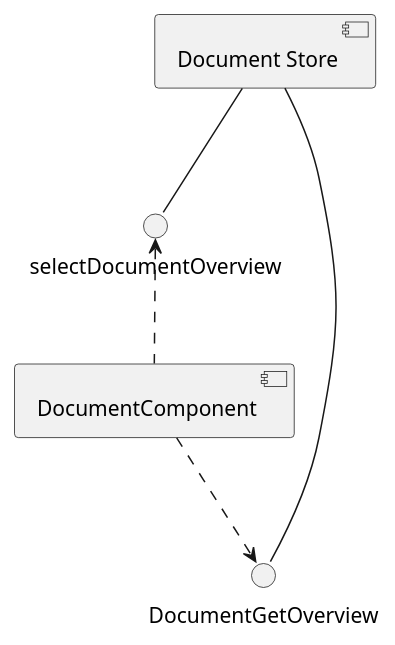
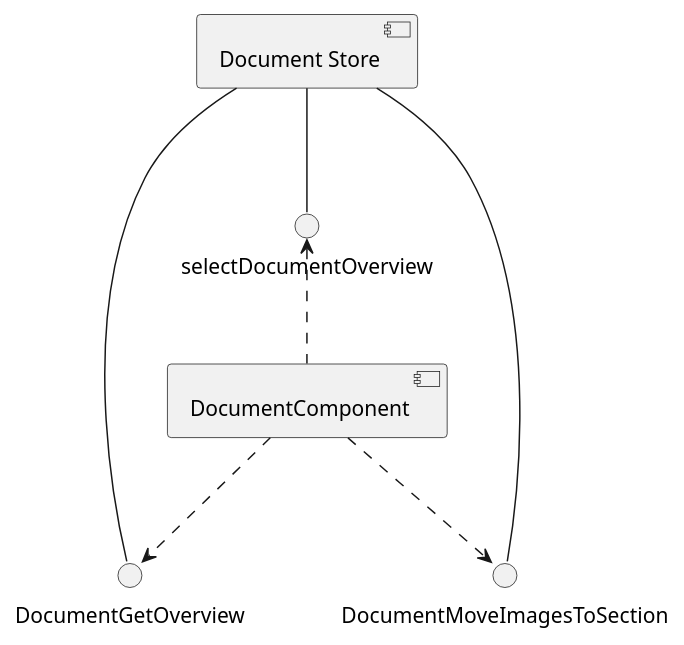
The sixth of 14 diagrams in documentation/puml/angular.puml (HISPAMUS/muret), drawn with PlantUML before and after one commit. The commit also changed 23 other files, not shown here.

Commit message:
Move images to sections

```diff
--- a/documentation/puml/angular.puml
+++ b/documentation/puml/angular.puml
@@ -146,10 +146,12 @@
 @startuml document_store_component
     [Document Store]
     DocumentGetOverview -- [Document Store]
+    DocumentMoveImagesToSection -- [Document Store]
 
     [Document Store] -- selectDocumentOverview
 
     [DocumentComponent] ..> DocumentGetOverview
+    [DocumentComponent] ..> DocumentMoveImagesToSection
 
     selectDocumentOverview <.. [DocumentComponent]
 @enduml
```
